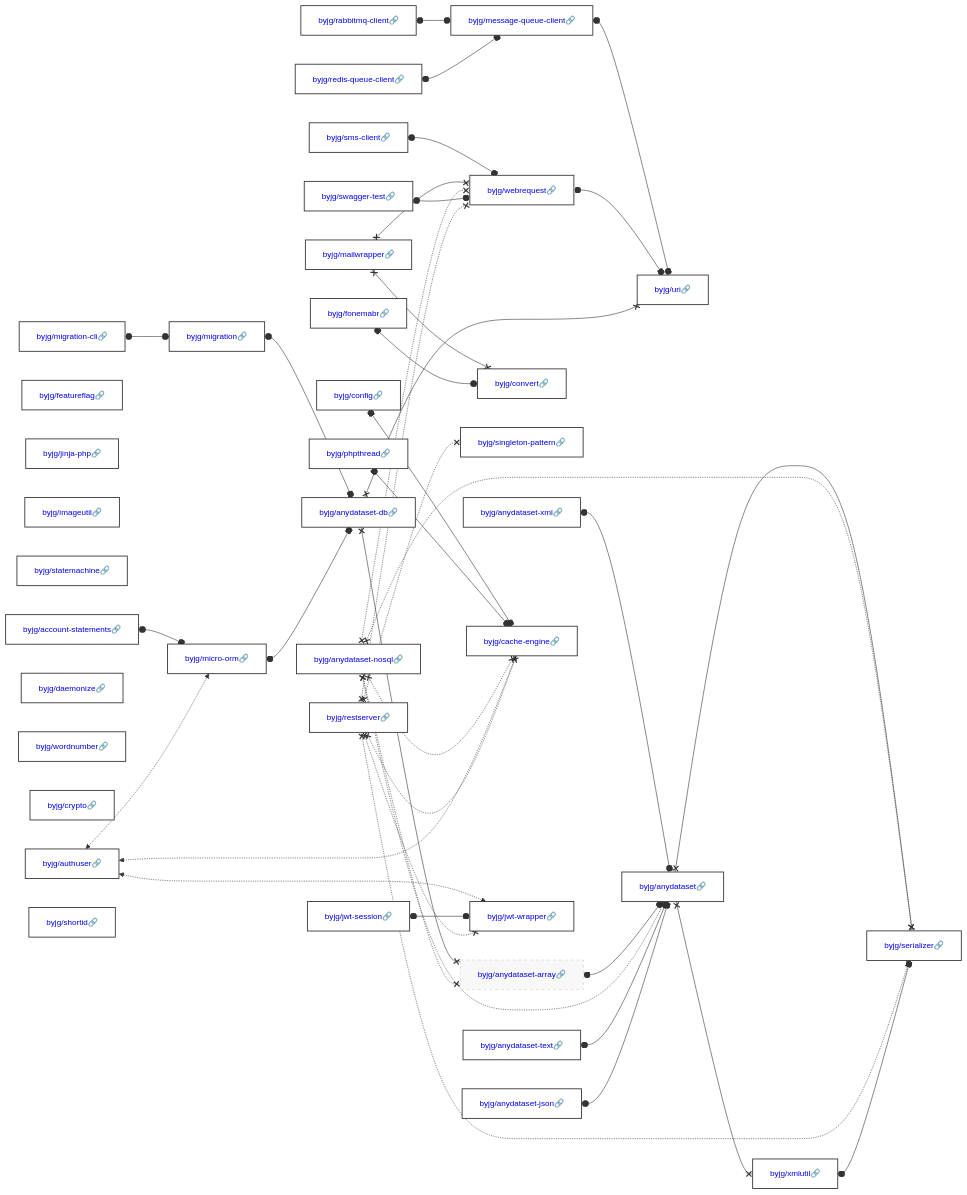
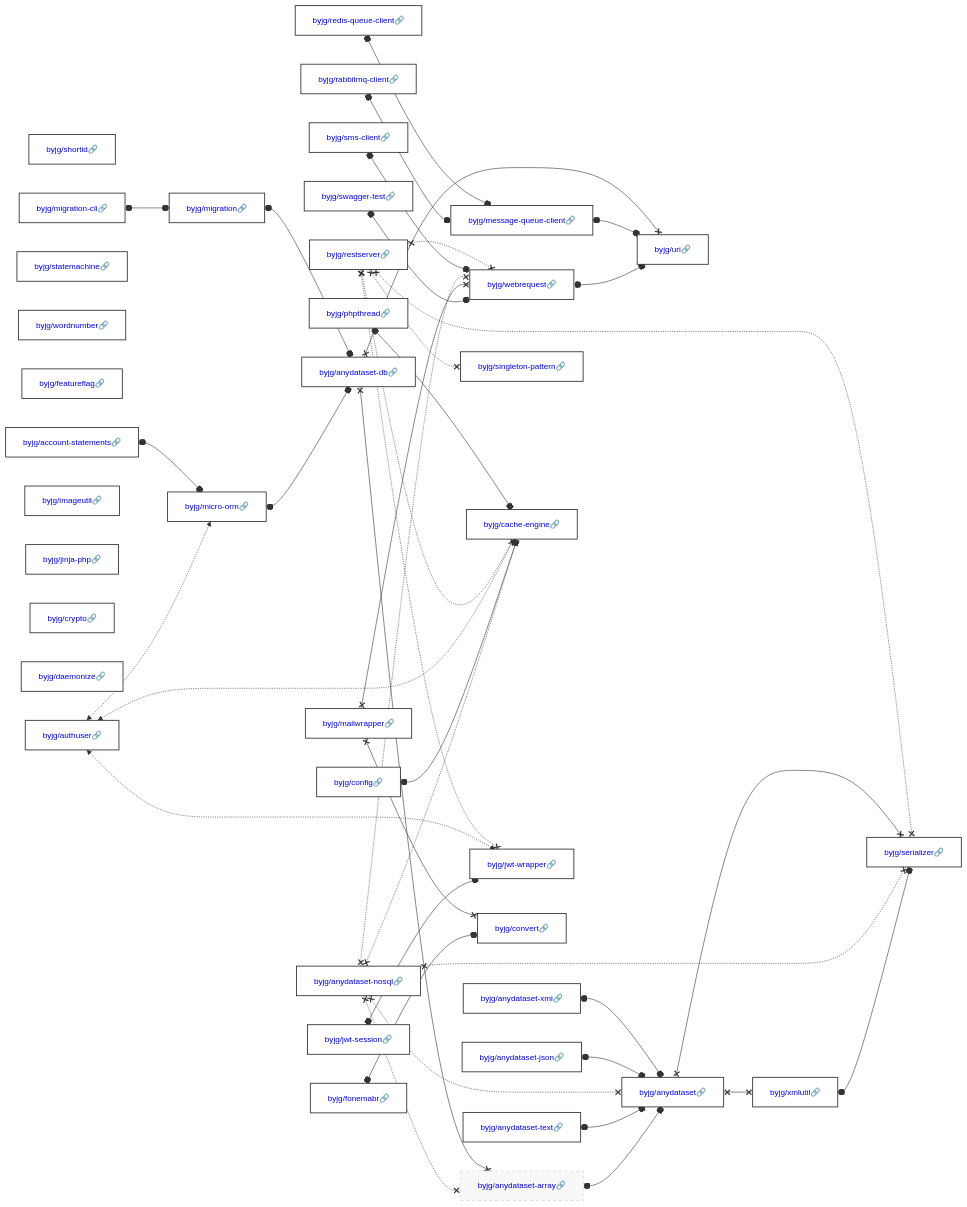
One commit to byjg/byjg.github.io changed the diagram in docs/php/README.md. Above: the diagram before and after it, drawn with Mermaid. The commit also changed other lines of this file, not shown here.

Commit message:
Update documentation 'php' 'php-migration'

````diff
--- a/docs/php/README.md
+++ b/docs/php/README.md
@@ -3,82 +3,82 @@
 ```mermaid
 graph LR;
+  byjg/rabbitmq-client[<a href='https://opensource.byjg.com/docs/php/rabbitmq-client' style='text-decoration:none'>byjg/rabbitmq-client🔗</a>];
+  byjg/sms-client[<a href='https://opensource.byjg.com/docs/php/sms-client' style='text-decoration:none'>byjg/sms-client🔗</a>];
+  byjg/shortid[<a href='https://opensource.byjg.com/docs/php/shortid' style='text-decoration:none'>byjg/shortid🔗</a>];
+  byjg/fonemabr[<a href='https://opensource.byjg.com/docs/php/fonemabr' style='text-decoration:none'>byjg/fonemabr🔗</a>];
+  byjg/authuser[<a href='https://opensource.byjg.com/docs/php/authuser' style='text-decoration:none'>byjg/authuser🔗</a>];
+  byjg/statemachine[<a href='https://opensource.byjg.com/docs/php/statemachine' style='text-decoration:none'>byjg/statemachine🔗</a>];
+  byjg/anydataset-nosql[<a href='https://opensource.byjg.com/docs/php/anydataset-nosql' style='text-decoration:none'>byjg/anydataset-nosql🔗</a>];
+  byjg/wordnumber[<a href='https://opensource.byjg.com/docs/php/wordnumber' style='text-decoration:none'>byjg/wordnumber🔗</a>];
+  byjg/anydataset-xml[<a href='https://opensource.byjg.com/docs/php/anydataset-xml' style='text-decoration:none'>byjg/anydataset-xml🔗</a>];
+  byjg/featureflag[<a href='https://opensource.byjg.com/docs/php/featureflag' style='text-decoration:none'>byjg/featureflag🔗</a>];
+  byjg/migration-cli[<a href='https://opensource.byjg.com/docs/php/migration-cli' style='text-decoration:none'>byjg/migration-cli🔗</a>];
+  byjg/anydataset-text[<a href='https://opensource.byjg.com/docs/php/anydataset-text' style='text-decoration:none'>byjg/anydataset-text🔗</a>];
+  byjg/imageutil[<a href='https://opensource.byjg.com/docs/php/imageutil' style='text-decoration:none'>byjg/imageutil🔗</a>];
+  byjg/anydataset-json[<a href='https://opensource.byjg.com/docs/php/anydataset-json' style='text-decoration:none'>byjg/anydataset-json🔗</a>];
+  byjg/redis-queue-client[<a href='https://opensource.byjg.com/docs/php/redis-queue-client' style='text-decoration:none'>byjg/redis-queue-client🔗</a>];
   byjg/config[<a href='https://opensource.byjg.com/docs/php/config' style='text-decoration:none'>byjg/config🔗</a>];
-  byjg/mailwrapper[<a href='https://opensource.byjg.com/docs/php/mailwrapper' style='text-decoration:none'>byjg/mailwrapper🔗</a>];
+  byjg/jinja-php[<a href='https://opensource.byjg.com/docs/php/jinja-php' style='text-decoration:none'>byjg/jinja-php🔗</a>];
+  byjg/crypto[<a href='https://opensource.byjg.com/docs/php/crypto' style='text-decoration:none'>byjg/crypto🔗</a>];
+  byjg/daemonize[<a href='https://opensource.byjg.com/docs/php/daemonize' style='text-decoration:none'>byjg/daemonize🔗</a>];
+  byjg/jwt-session[<a href='https://opensource.byjg.com/docs/php/jwt-session' style='text-decoration:none'>byjg/jwt-session🔗</a>];
   byjg/phpthread[<a href='https://opensource.byjg.com/docs/php/phpthread' style='text-decoration:none'>byjg/phpthread🔗</a>];
   byjg/account-statements[<a href='https://opensource.byjg.com/docs/php/account-statements' style='text-decoration:none'>byjg/account-statements🔗</a>];
-  byjg/fonemabr[<a href='https://opensource.byjg.com/docs/php/fonemabr' style='text-decoration:none'>byjg/fonemabr🔗</a>];
-  byjg/featureflag[<a href='https://opensource.byjg.com/docs/php/featureflag' style='text-decoration:none'>byjg/featureflag🔗</a>];
-  byjg/jinja-php[<a href='https://opensource.byjg.com/docs/php/jinja-php' style='text-decoration:none'>byjg/jinja-php🔗</a>];
-  byjg/anydataset-nosql[<a href='https://opensource.byjg.com/docs/php/anydataset-nosql' style='text-decoration:none'>byjg/anydataset-nosql🔗</a>];
-  byjg/imageutil[<a href='https://opensource.byjg.com/docs/php/imageutil' style='text-decoration:none'>byjg/imageutil🔗</a>];
-  byjg/statemachine[<a href='https://opensource.byjg.com/docs/php/statemachine' style='text-decoration:none'>byjg/statemachine🔗</a>];
-  byjg/anydataset-xml[<a href='https://opensource.byjg.com/docs/php/anydataset-xml' style='text-decoration:none'>byjg/anydataset-xml🔗</a>];
-  byjg/sms-client[<a href='https://opensource.byjg.com/docs/php/sms-client' style='text-decoration:none'>byjg/sms-client🔗</a>];
-  byjg/migration-cli[<a href='https://opensource.byjg.com/docs/php/migration-cli' style='text-decoration:none'>byjg/migration-cli🔗</a>];
   byjg/swagger-test[<a href='https://opensource.byjg.com/docs/php/swagger-test' style='text-decoration:none'>byjg/swagger-test🔗</a>];
-  byjg/anydataset-text[<a href='https://opensource.byjg.com/docs/php/anydataset-text' style='text-decoration:none'>byjg/anydataset-text🔗</a>];
-  byjg/rabbitmq-client[<a href='https://opensource.byjg.com/docs/php/rabbitmq-client' style='text-decoration:none'>byjg/rabbitmq-client🔗</a>];
   byjg/restserver[<a href='https://opensource.byjg.com/docs/php/restserver' style='text-decoration:none'>byjg/restserver🔗</a>];
-  byjg/anydataset-json[<a href='https://opensource.byjg.com/docs/php/anydataset-json' style='text-decoration:none'>byjg/anydataset-json🔗</a>];
-  byjg/jwt-session[<a href='https://opensource.byjg.com/docs/php/jwt-session' style='text-decoration:none'>byjg/jwt-session🔗</a>];
-  byjg/daemonize[<a href='https://opensource.byjg.com/docs/php/daemonize' style='text-decoration:none'>byjg/daemonize🔗</a>];
-  byjg/redis-queue-client[<a href='https://opensource.byjg.com/docs/php/redis-queue-client' style='text-decoration:none'>byjg/redis-queue-client🔗</a>];
-  byjg/wordnumber[<a href='https://opensource.byjg.com/docs/php/wordnumber' style='text-decoration:none'>byjg/wordnumber🔗</a>];
-  byjg/crypto[<a href='https://opensource.byjg.com/docs/php/crypto' style='text-decoration:none'>byjg/crypto🔗</a>];
-  byjg/authuser[<a href='https://opensource.byjg.com/docs/php/authuser' style='text-decoration:none'>byjg/authuser🔗</a>];
-  byjg/shortid[<a href='https://opensource.byjg.com/docs/php/shortid' style='text-decoration:none'>byjg/shortid🔗</a>];
-  byjg/convert[<a href='https://opensource.byjg.com/docs/php/convert' style='text-decoration:none'>byjg/convert🔗</a>];
+  byjg/mailwrapper[<a href='https://opensource.byjg.com/docs/php/mailwrapper' style='text-decoration:none'>byjg/mailwrapper🔗</a>];
   byjg/migration[<a href='https://opensource.byjg.com/docs/php/migration' style='text-decoration:none'>byjg/migration🔗</a>];
-  byjg/singleton-pattern[<a href='https://opensource.byjg.com/docs/php/singleton-pattern' style='text-decoration:none'>byjg/singleton-pattern🔗</a>];
-  byjg/webrequest[<a href='https://opensource.byjg.com/docs/php/webrequest' style='text-decoration:none'>byjg/webrequest🔗</a>];
   byjg/message-queue-client[<a href='https://opensource.byjg.com/docs/php/message-queue-client' style='text-decoration:none'>byjg/message-queue-client🔗</a>];
   byjg/micro-orm[<a href='https://opensource.byjg.com/docs/php/micro-orm' style='text-decoration:none'>byjg/micro-orm🔗</a>];
+  byjg/singleton-pattern[<a href='https://opensource.byjg.com/docs/php/singleton-pattern' style='text-decoration:none'>byjg/singleton-pattern🔗</a>];
   byjg/cache-engine[<a href='https://opensource.byjg.com/docs/php/cache-engine' style='text-decoration:none'>byjg/cache-engine🔗</a>];
   byjg/jwt-wrapper[<a href='https://opensource.byjg.com/docs/php/jwt-wrapper' style='text-decoration:none'>byjg/jwt-wrapper🔗</a>];
+  byjg/convert[<a href='https://opensource.byjg.com/docs/php/convert' style='text-decoration:none'>byjg/convert🔗</a>];
+  byjg/webrequest[<a href='https://opensource.byjg.com/docs/php/webrequest' style='text-decoration:none'>byjg/webrequest🔗</a>];
   byjg/anydataset-db[<a href='https://opensource.byjg.com/docs/php/anydataset-db' style='text-decoration:none'>byjg/anydataset-db🔗</a>];
   byjg/anydataset-array[<a href='https://opensource.byjg.com/docs/php/anydataset-array' style='text-decoration:none'>byjg/anydataset-array🔗</a>];
   byjg/uri[<a href='https://opensource.byjg.com/docs/php/uri' style='text-decoration:none'>byjg/uri🔗</a>];
   byjg/anydataset[<a href='https://opensource.byjg.com/docs/php/anydataset' style='text-decoration:none'>byjg/anydataset🔗</a>];
   byjg/xmlutil[<a href='https://opensource.byjg.com/docs/php/xmlutil' style='text-decoration:none'>byjg/xmlutil🔗</a>];
   byjg/serializer[<a href='https://opensource.byjg.com/docs/php/serializer' style='text-decoration:none'>byjg/serializer🔗</a>];
-  byjg/sms-client o--o byjg/webrequest;
+  byjg/swagger-test o--o byjg/webrequest;
+  byjg/xmlutil o--o byjg/serializer;
+  byjg/anydataset-array o--o byjg/anydataset;
+  byjg/fonemabr o--o byjg/convert;
+  byjg/anydataset-text o--o byjg/anydataset;
   byjg/mailwrapper x--x byjg/convert;
   byjg/mailwrapper x--x byjg/webrequest;
-  byjg/config o--o byjg/cache-engine;
-  byjg/anydataset x--x byjg/serializer;
-  byjg/anydataset x--x byjg/xmlutil;
-  byjg/message-queue-client o--o byjg/uri;
-  byjg/phpthread o--o byjg/cache-engine;
   byjg/webrequest o--o byjg/uri;
-  byjg/rabbitmq-client o--o byjg/message-queue-client;
-  byjg/anydataset-xml o--o byjg/anydataset;
-  byjg/redis-queue-client o--o byjg/message-queue-client;
-  byjg/anydataset-db x--x byjg/anydataset-array;
-  byjg/anydataset-db x--x byjg/uri;
-  byjg/anydataset-array o--o byjg/anydataset;
   byjg/anydataset-nosql x-.-x byjg/anydataset;
   byjg/anydataset-nosql x-.-x byjg/anydataset-array;
   byjg/anydataset-nosql x-.-x byjg/serializer;
   byjg/anydataset-nosql x-.-x byjg/webrequest;
   byjg/anydataset-nosql x-.-x byjg/cache-engine;
-  byjg/swagger-test o--o byjg/webrequest;
-  byjg/anydataset-text o--o byjg/anydataset;
-  byjg/account-statements o--o byjg/micro-orm;
+  byjg/message-queue-client o--o byjg/uri;
+  byjg/anydataset x--x byjg/serializer;
+  byjg/anydataset x--x byjg/xmlutil;
+  byjg/jwt-session o--o byjg/jwt-wrapper;
+  byjg/config o--o byjg/cache-engine;
+  byjg/anydataset-json o--o byjg/anydataset;
+  byjg/micro-orm o--o byjg/anydataset-db;
+  byjg/migration-cli o--o byjg/migration;
+  byjg/migration o--o byjg/anydataset-db;
+  byjg/rabbitmq-client o--o byjg/message-queue-client;
+  byjg/sms-client o--o byjg/webrequest;
+  byjg/redis-queue-client o--o byjg/message-queue-client;
+  byjg/anydataset-db x--x byjg/anydataset-array;
+  byjg/anydataset-db x--x byjg/uri;
   byjg/authuser <-.-> byjg/micro-orm;
   byjg/authuser <-.-> byjg/cache-engine;
   byjg/authuser <-.-> byjg/jwt-wrapper;
-  byjg/migration o--o byjg/anydataset-db;
-  byjg/migration-cli o--o byjg/migration;
-  byjg/anydataset-json o--o byjg/anydataset;
-  byjg/micro-orm o--o byjg/anydataset-db;
-  byjg/fonemabr o--o byjg/convert;
-  byjg/jwt-session o--o byjg/jwt-wrapper;
   byjg/restserver x-.-x byjg/serializer;
   byjg/restserver x-.-x byjg/singleton-pattern;
   byjg/restserver x-.-x byjg/cache-engine;
   byjg/restserver x-.-x byjg/webrequest;
   byjg/restserver x-.-x byjg/jwt-wrapper;
-  byjg/xmlutil o--o byjg/serializer;
+  byjg/account-statements o--o byjg/micro-orm;
+  byjg/anydataset-xml o--o byjg/anydataset;
+  byjg/phpthread o--o byjg/cache-engine;
   classDef default fill:#ffffff,stroke:#333,stroke-width:1.5px,color:#000,font-size:14px;
   classDef highlight fill:#ffef96,stroke:#ff9900,stroke-width:3px;
   classDef deprecated fill:#f8f8f8,stroke:#cccccc,stroke-dasharray: 5 5,stroke-width:1px,color:#999;
````
